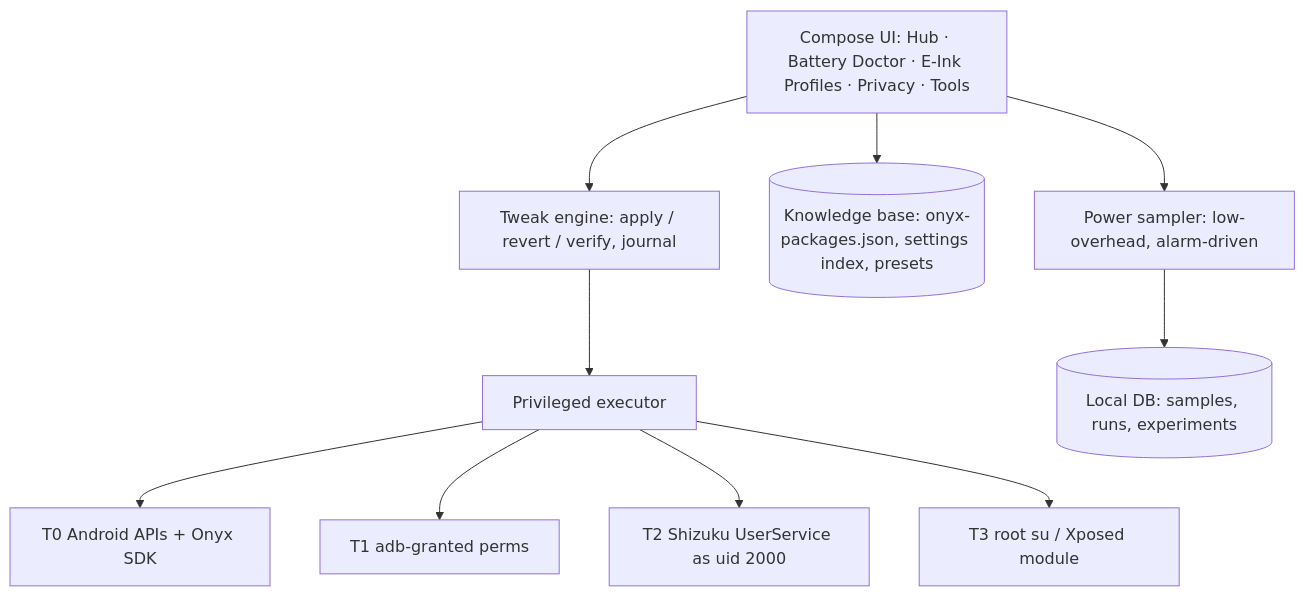
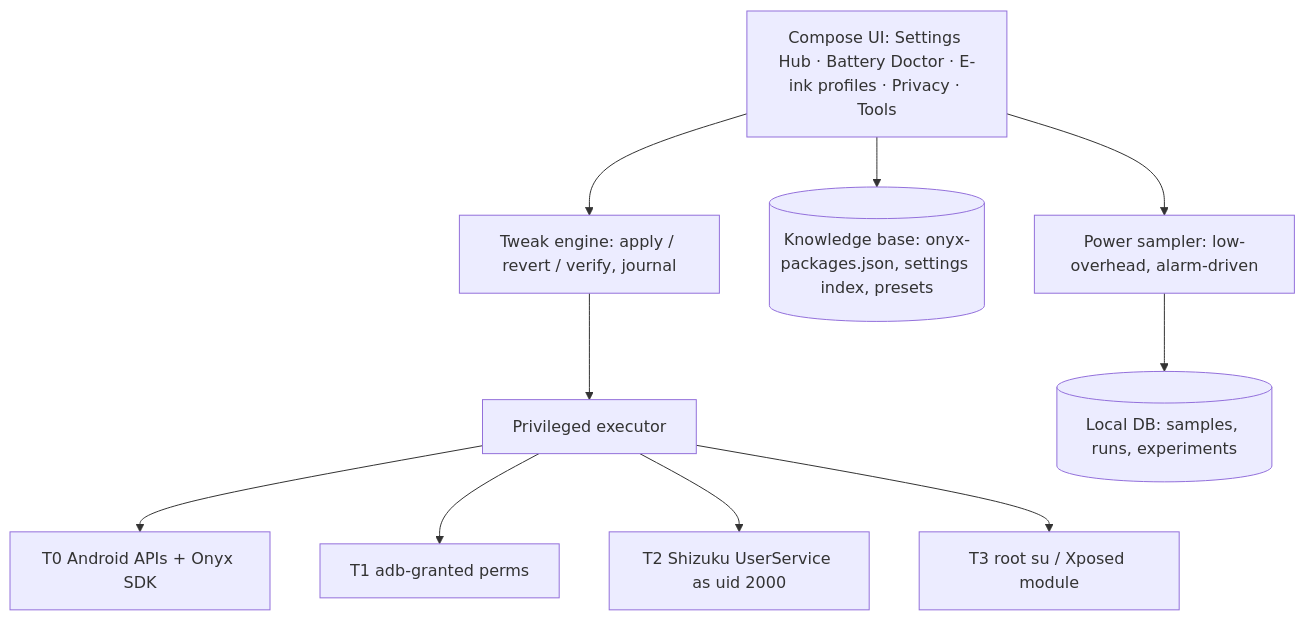
Before and after one commit to huuunleashed/BooxUltimatum: the diagram in docs/03-architecture.md, drawn with Mermaid. The commit also changed other lines of this file and 22 other files, not shown here.

````diff
--- a/docs/03-architecture.md
+++ b/docs/03-architecture.md
@@ -9,13 +9,13 @@
 ```mermaid
 flowchart TB
-  UI[Compose UI: Hub · Battery Doctor · E-Ink Profiles · Privacy · Tools]
+  UI[Compose UI: Settings Hub · Battery Doctor · E-ink profiles · Privacy · Tools]
   UI --> Tweaks[Tweak engine: apply / revert / verify, journal]
   Tweaks --> Exec[Privileged executor]
   Exec --> T0[T0 Android APIs + Onyx SDK]
   Exec --> T1[T1 adb-granted perms]
   Exec --> T2[T2 Shizuku UserService as uid 2000]
   Exec --> T3[T3 root su / Xposed module]
   UI --> KB[(Knowledge base: onyx-packages.json, settings index, presets)]
   UI --> Sampler[Power sampler: low-overhead, alarm-driven]
   Sampler --> Store[(Local DB: samples, runs, experiments)]
 ```
````
